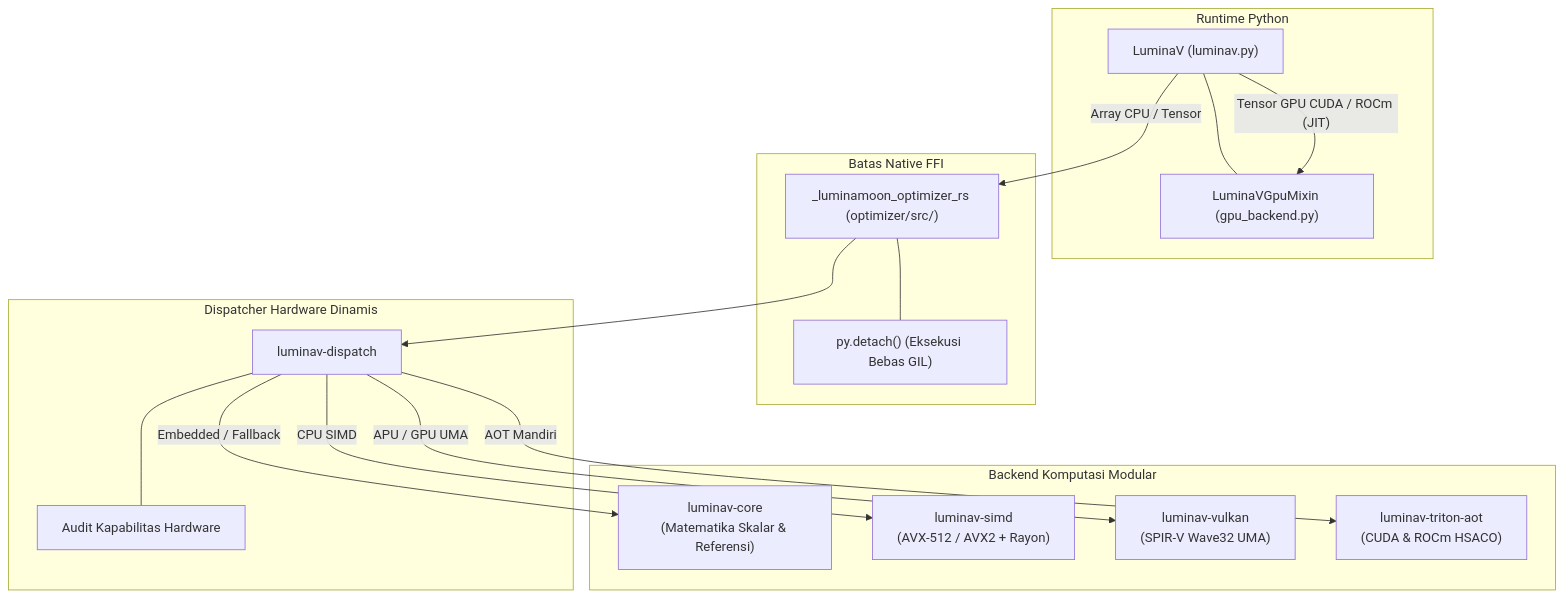
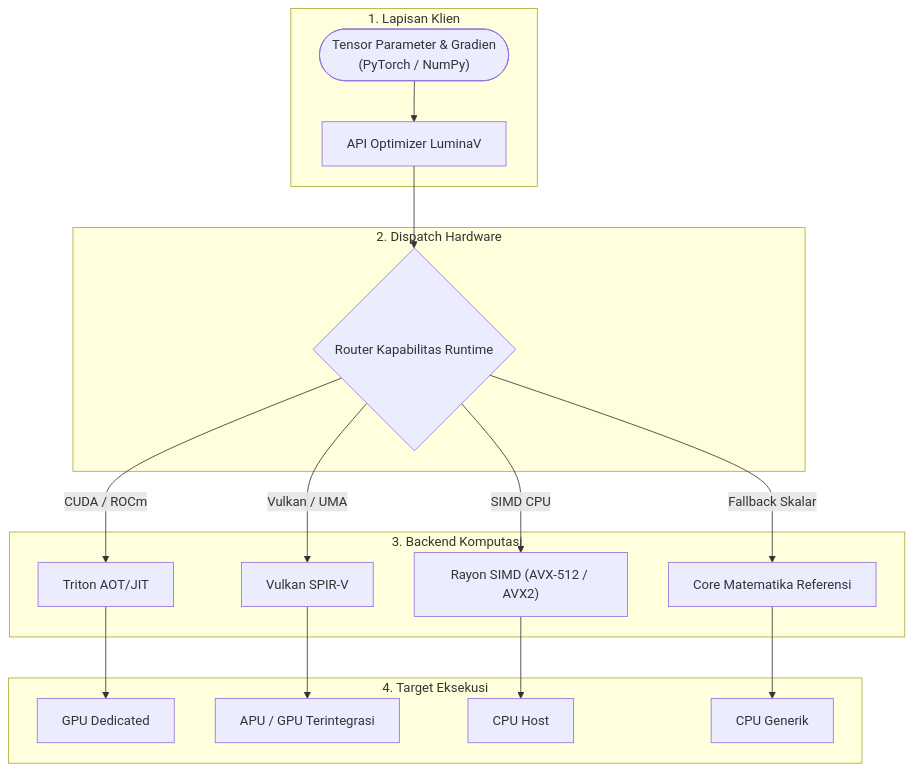
The diagram in docs/optimize/README.id.md (cloverx-id/luminamoon), drawn with Mermaid before and after one commit. The commit also changed 33 other files, not shown here.

Commit message:
change diagram style

````diff
--- a/docs/optimize/README.id.md
+++ b/docs/optimize/README.id.md
@@ -13,35 +13,24 @@
 ```mermaid
 flowchart TD
-    subgraph LapisanPython["Runtime Python"]
-        API["LuminaV (luminav.py)"]
-        GpuMixin["LuminaVGpuMixin (gpu_backend.py)"]
-        API --- GpuMixin
+    subgraph Input["1. Lapisan Klien"]
+        Params(["Tensor Parameter & Gradien\n(PyTorch / NumPy)"]) --> API["API Optimizer LuminaV"]
     end
 
-    subgraph LapisanFFI["Batas Native FFI"]
-        PyO3Bridge["_luminamoon_optimizer_rs (optimizer/src/)"]
-        GILControl["py.detach() (Eksekusi Bebas GIL)"]
-        PyO3Bridge --- GILControl
+    subgraph Dispatch["2. Dispatch Hardware"]
+        API --> Dispatcher{"Router Kapabilitas Runtime"}
     end
 
-    subgraph LapisanDispatch["Dispatcher Hardware Dinamis"]
-        Dispatch["luminav-dispatch"]
-        Detector["Audit Kapabilitas Hardware"]
-        Dispatch --- Detector
+    subgraph Backends["3. Backend Komputasi"]
+        Dispatcher -->|"CUDA / ROCm"| Triton["Triton AOT/JIT"]
+        Dispatcher -->|"Vulkan / UMA"| Vulkan["Vulkan SPIR-V"]
+        Dispatcher -->|"SIMD CPU"| SIMD["Rayon SIMD (AVX-512 / AVX2)"]
+        Dispatcher -->|"Fallback Skalar"| Scalar["Core Matematika Referensi"]
     end
 
-    subgraph BackendKomputasi["Backend Komputasi Modular"]
-        Core["luminav-core<br/>(Matematika Skalar & Referensi)"]
-        SIMD["luminav-simd<br/>(AVX-512 / AVX2 + Rayon)"]
-        Vulkan["luminav-vulkan<br/>(SPIR-V Wave32 UMA)"]
-        TritonAOT["luminav-triton-aot<br/>(CUDA & ROCm HSACO)"]
+    subgraph Targets["4. Target Eksekusi"]
+        Triton --> DevGPU["GPU Dedicated"]
+        Vulkan --> DevUMA["APU / GPU Terintegrasi"]
+        SIMD --> DevCPU["CPU Host"]
+        Scalar --> DevGeneric["CPU Generik"]
     end
-
-    API -->|"Array CPU / Tensor"| PyO3Bridge
-    API -->|"Tensor GPU CUDA / ROCm (JIT)"| GpuMixin
-    PyO3Bridge --> Dispatch
-    Dispatch -->|"CPU SIMD"| SIMD
-    Dispatch -->|"APU / GPU UMA"| Vulkan
-    Dispatch -->|"Embedded / Fallback"| Core
-    Dispatch -->|"AOT Mandiri"| TritonAOT
 ```
````
